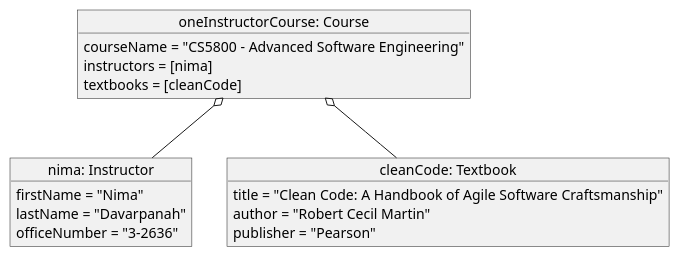
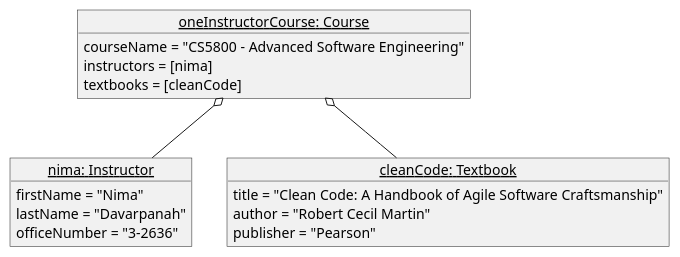
The diagram in Assignment3/aggregationObjectDiagram.puml (KnightinGale9/CS5800-Software-Engineering), drawn with PlantUML before and after one commit. The commit also changed 2 other files, not shown here.

Commit message:
Assignment 3 Fixed some errors in uml and od

```diff
--- a/Assignment3/aggregationObjectDiagram.puml
+++ b/Assignment3/aggregationObjectDiagram.puml
@@ -1,28 +1,28 @@
 @startuml
 
-object "nima: Instructor" as instructor
-object "cleanCode: Textbook" as textbook
-object "oneInstructorCourse: Course" as course
+object "<u>nima: Instructor</u>" as instructor
+object "<u>cleanCode: Textbook</u>" as textbook
+object "<u>oneInstructorCourse: Course</u>" as course
 
 course  o--  instructor
 course  o--  textbook
 
 object  instructor{
     firstName = "Nima"
     lastName = "Davarpanah"
     officeNumber = "3-2636"
 }
 
 object textbook {
     title = "Clean Code: A Handbook of Agile Software Craftsmanship"
     author = "Robert Cecil Martin"
     publisher = "Pearson"
 }
 
 object course {
     courseName = "CS5800 - Advanced Software Engineering"
     instructors = [nima]
     textbooks = [cleanCode]
 }
 
 @enduml
```
